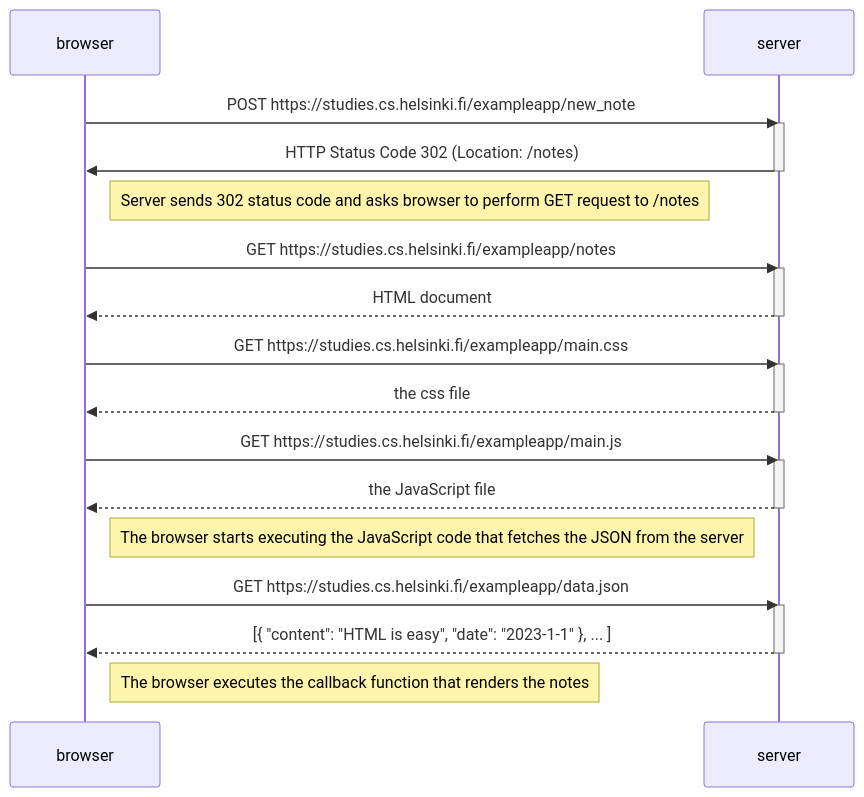
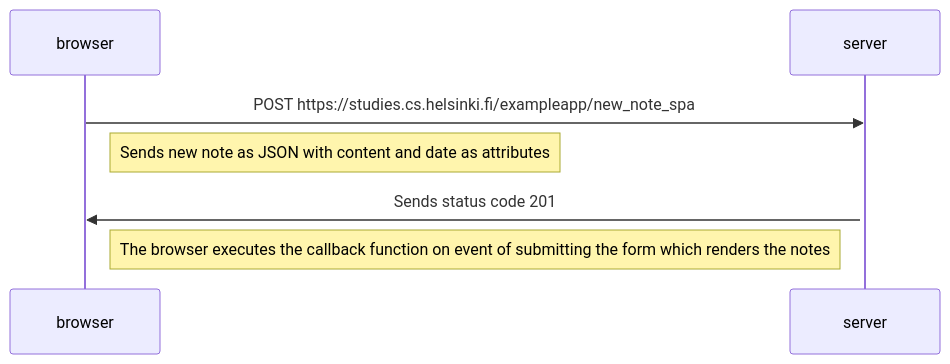
One commit to Dulakshan-16/fullstackopen_course changed the diagram in part0/part0.6.md. Above: the diagram before and after it, drawn with Mermaid.

Commit message:
Finish part0.6.md

````diff
--- a/part0/part0.6.md
+++ b/part0/part0.6.md
@@ -1,35 +1,11 @@
 ```mermaid
 sequenceDiagram
     participant browser
     participant server
 
-    browser->>server: POST https://studies.cs.helsinki.fi/exampleapp/new_note
+    browser->>server: POST https://studies.cs.helsinki.fi/exampleapp/new_note_spa
+    Note right of browser: Sends new note as JSON with content and date as attributes
     activate server
-    server->>browser: HTTP Status Code 302 (Location: /notes)
-    deactivate server
-    Note right of browser: Server sends 302 status code and asks browser to perform GET request to /notes
-
-    browser->>server: GET https://studies.cs.helsinki.fi/exampleapp/notes
-    activate server
-    server-->>browser: HTML document
-    deactivate server
-
-    browser->>server: GET https://studies.cs.helsinki.fi/exampleapp/main.css
-    activate server
-    server-->>browser: the css file
-    deactivate server
-
-    browser->>server: GET https://studies.cs.helsinki.fi/exampleapp/main.js
-    activate server
-    server-->>browser: the JavaScript file
-    deactivate server
-
-    Note right of browser: The browser starts executing the JavaScript code that fetches the JSON from the server
-
-    browser->>server: GET https://studies.cs.helsinki.fi/exampleapp/data.json
-    activate server
-    server-->>browser: [{ "content": "HTML is easy", "date": "2023-1-1" }, ... ]
-    deactivate server
-
-    Note right of browser: The browser executes the callback function that renders the notes
+    server->>browser: Sends status code 201
+    Note right of browser: The browser executes the callback function on event of submitting the form which renders the notes
 ```
````
